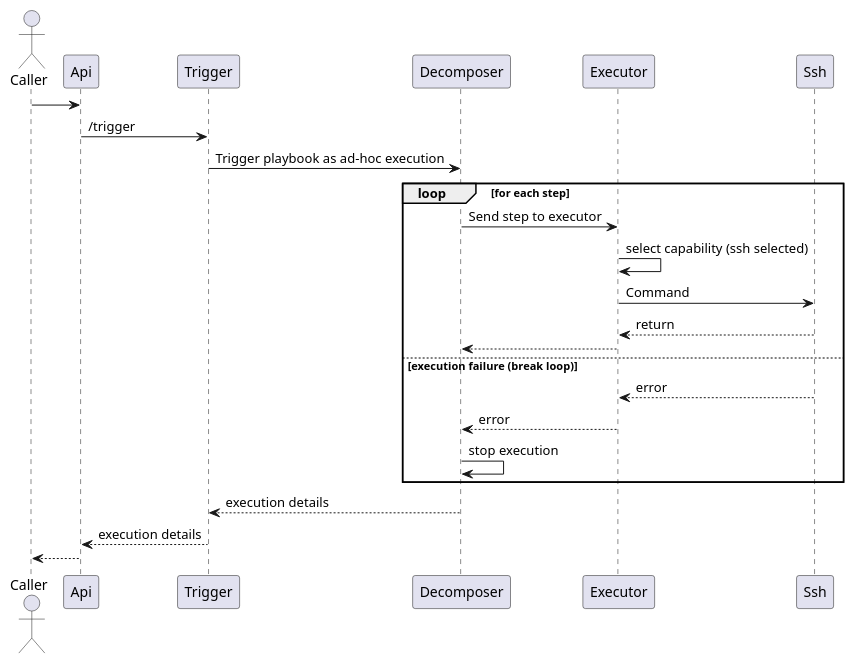
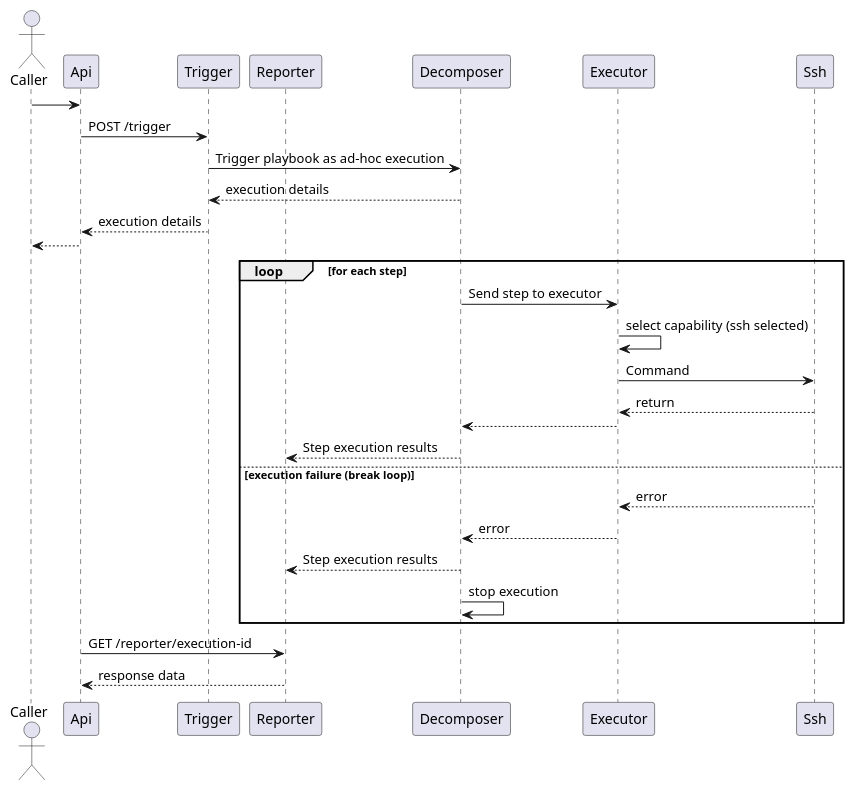
One commit to COSSAS/SOARCA changed the fourth of 4 diagrams in docs/content/en/docs/core-components/soarca-application-design.md. Above: the diagram before and after it, drawn with PlantUML.

Commit message:
Updated main execution flow with reporting

````diff
--- a/docs/content/en/docs/core-components/soarca-application-design.md
+++ b/docs/content/en/docs/core-components/soarca-application-design.md
@@ -187,21 +187,27 @@
 ```plantuml
-Actor Caller
+actor Caller
 Caller -> Api
-Api -> Trigger : /trigger
+Api -> Trigger : POST /trigger
+participant Reporter
 Trigger -> Decomposer : Trigger playbook as ad-hoc execution
+Trigger <-- Decomposer : execution details
+Api <-- Trigger : execution details
+Caller <-- Api
 loop for each step 
 Decomposer -> Executor : Send step to executor
 Executor -> Executor : select capability (ssh selected)
 Executor -> Ssh : Command
 Executor <-- Ssh : return
 Decomposer <-- Executor
+Reporter <-- Decomposer : Step execution results
 else execution failure (break loop)
 Executor <-- Ssh : error
 Decomposer <-- Executor: error
+Reporter <-- Decomposer : Step execution results
 Decomposer -> Decomposer : stop execution
+end 
 
-end 
-Trigger <-- Decomposer : execution details
-Api <-- Trigger : execution details
-Caller <-- Api
+Api -> Reporter : GET /reporter/execution-id
+Api <-- Reporter : response data
+
 ```
````
